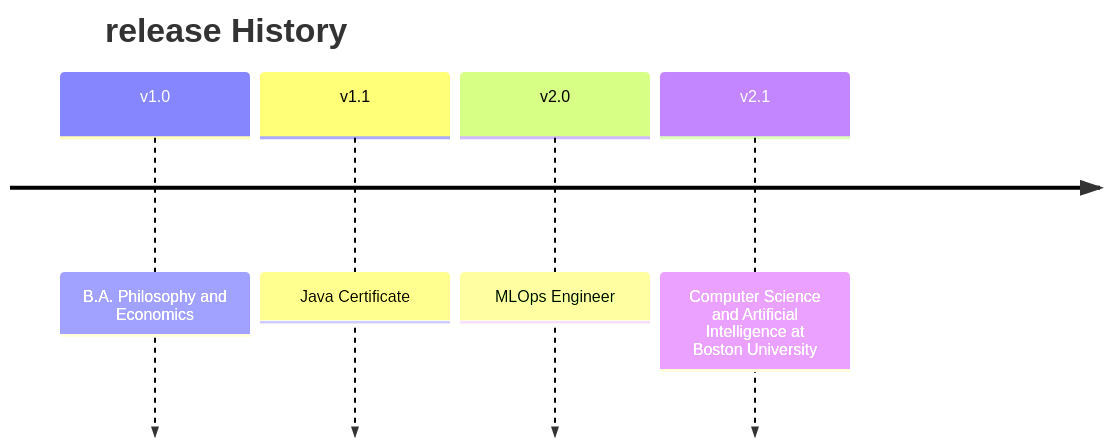
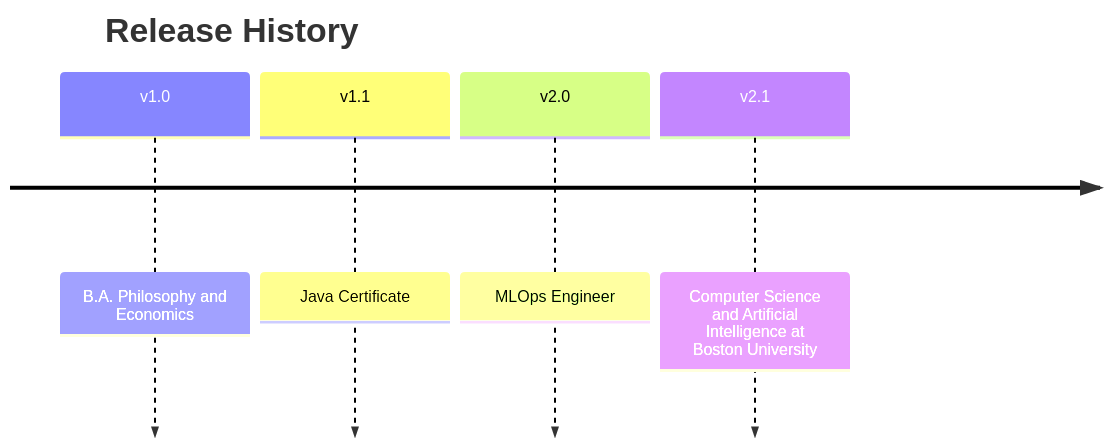
The fifth of 5 diagrams in README.md (joshuaA236/joshuaA236), drawn with Mermaid before and after one commit. The commit also changed other lines of this file, not shown here.

````diff
--- a/README.md
+++ b/README.md
@@ -76,8 +105,8 @@
 ```mermaid
 timeline
-  title release History
+  title Release History
   v1.0: B.A. Philosophy and Economics
   v1.1: Java Certificate
   v2.0: MLOps Engineer
   v2.1: Computer Science and Artificial Intelligence at Boston University
 ```
````
